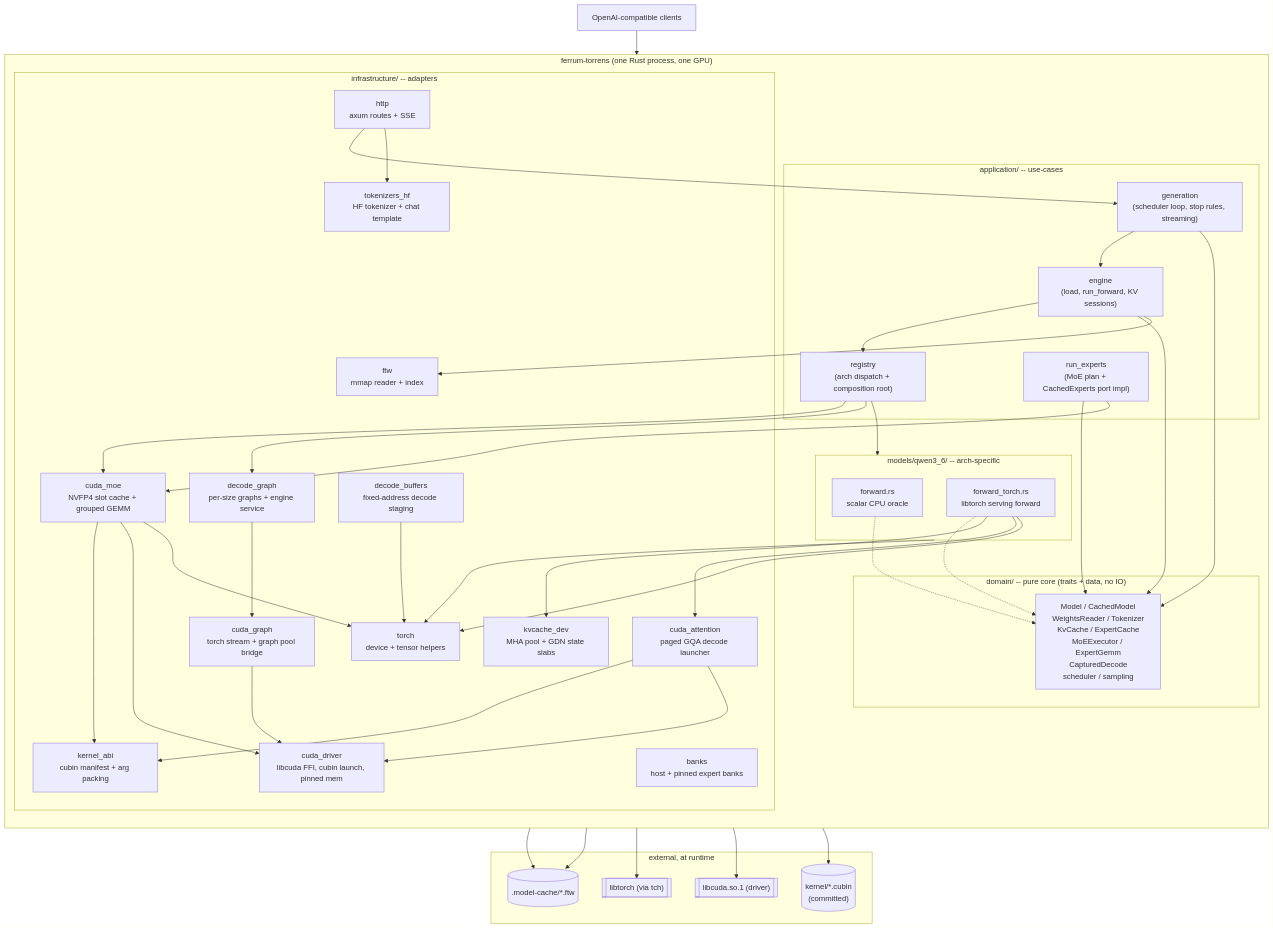
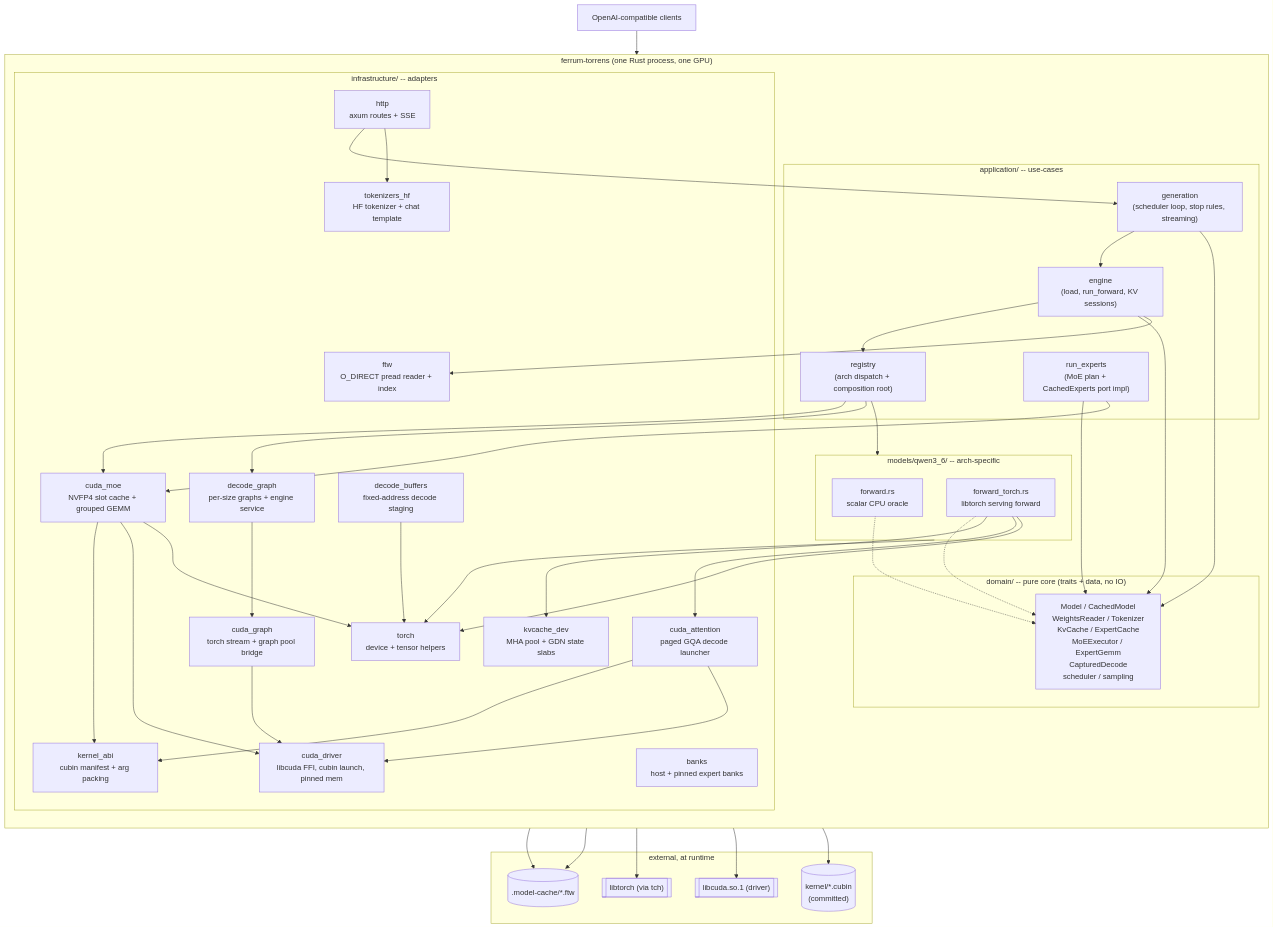
One commit to butzist/ferrum-torrens changed the first of 17 diagrams in ARCHITECTURE.md. Above: the diagram before and after it, drawn with Mermaid. The commit also changed other lines of this file and 15 other files, not shown here.

Commit message:
feat(ftw): read weights with O_DIRECT pread instead of mmap

````diff
--- a/ARCHITECTURE.md
+++ b/ARCHITECTURE.md
@@ -49,74 +49,74 @@
 ```mermaid
 flowchart TB
   Client["OpenAI-compatible clients"]
 
   subgraph Proc["ferrum-torrens (one Rust process, one GPU)"]
     direction TB
     subgraph App["application/ -- use-cases"]
       Registry["registry\n(arch dispatch + composition root)"]
       Engine["engine\n(load, run_forward, KV sessions)"]
       Gen["generation\n(scheduler loop, stop rules, streaming)"]
       RunExp["run_experts\n(MoE plan + CachedExperts port impl)"]
     end
 
     subgraph Core["domain/ -- pure core (traits + data, no IO)"]
       Ports["Model / CachedModel\nWeightsReader / Tokenizer\nKvCache / ExpertCache\nMoEExecutor / ExpertGemm\nCapturedDecode\nscheduler / sampling"]
     end
 
     subgraph Models["models/qwen3_6/ -- arch-specific"]
       Scalar["forward.rs\nscalar CPU oracle"]
       Torch["forward_torch.rs\nlibtorch serving forward"]
     end
 
     subgraph Infra["infrastructure/ -- adapters"]
-      Ftw["ftw\nmmap reader + index"]
+      Ftw["ftw\nO_DIRECT pread reader + index"]
       Banks["banks\nhost + pinned expert banks"]
       TorchRt["torch\ndevice + tensor helpers"]
       CudaDrv["cuda_driver\nlibcuda FFI, cubin launch, pinned mem"]
       CudaMoe["cuda_moe\nNVFP4 slot cache + grouped GEMM"]
       CudaAttn["cuda_attention\npaged GQA decode launcher"]
       Abi["kernel_abi\ncubin manifest + arg packing"]
       Graph["cuda_graph\ntorch stream + graph pool bridge"]
       KvcDev["kvcache_dev\nMHA pool + GDN state slabs"]
       DecBuf["decode_buffers\nfixed-address decode staging"]
       DecGraph["decode_graph\nper-size graphs + engine service"]
       Http["http\naxum routes + SSE"]
       Toker["tokenizers_hf\nHF tokenizer + chat template"]
     end
   end
 
   subgraph Ext["external, at runtime"]
     FTW[(".model-cache/*.ftw")]
     LibTorch[["libtorch (via tch)"]]
     LibCuda[["libcuda.so.1 (driver)"]]
     Cubins[("kernel/*.cubin\n(committed)")]
   end
 
   Client --> Http
   Http --> Gen --> Engine
   Engine --> Registry
   Engine --> Ports
   Gen --> Ports
   Registry --> Models
   Registry --> CudaMoe
   Registry --> DecGraph
   Scalar -.-> Ports
   Torch -.-> Ports
   Models --> TorchRt
   Engine --> Ftw --> FTW
   Banks --> FTW
   RunExp --> Ports
   RunExp --> CudaMoe
   CudaMoe --> Abi --> Cubins
   CudaMoe --> CudaDrv --> LibCuda
   CudaMoe --> TorchRt
   CudaAttn --> Abi
   CudaAttn --> CudaDrv
   Graph --> CudaDrv
   DecGraph --> Graph
   DecBuf --> TorchRt
   Torch --> KvcDev
   Torch --> CudaAttn
   Torch --> TorchRt --> LibTorch
   Http --> Toker
 ```
````
